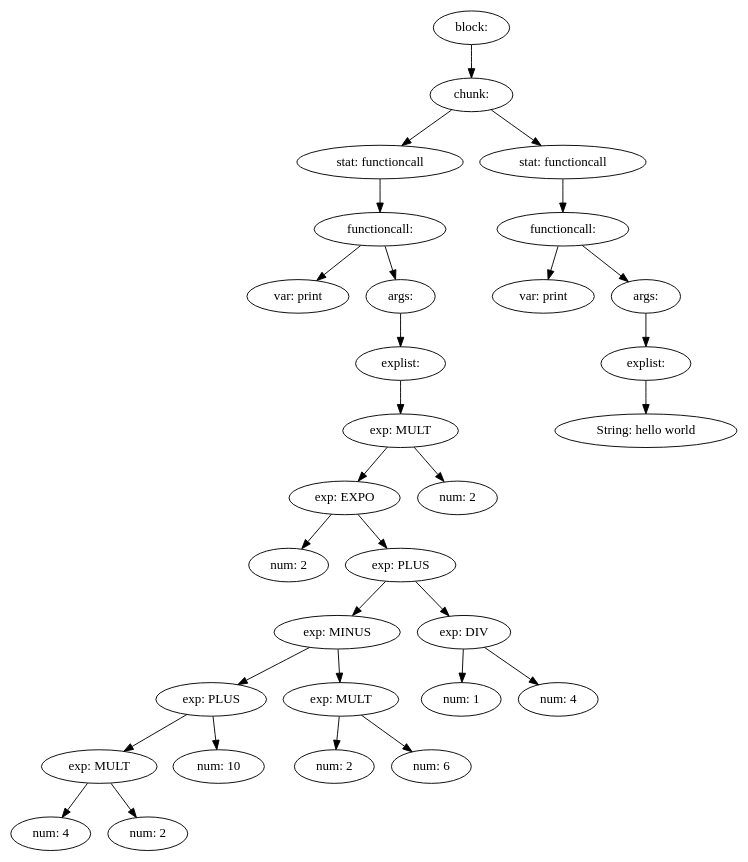
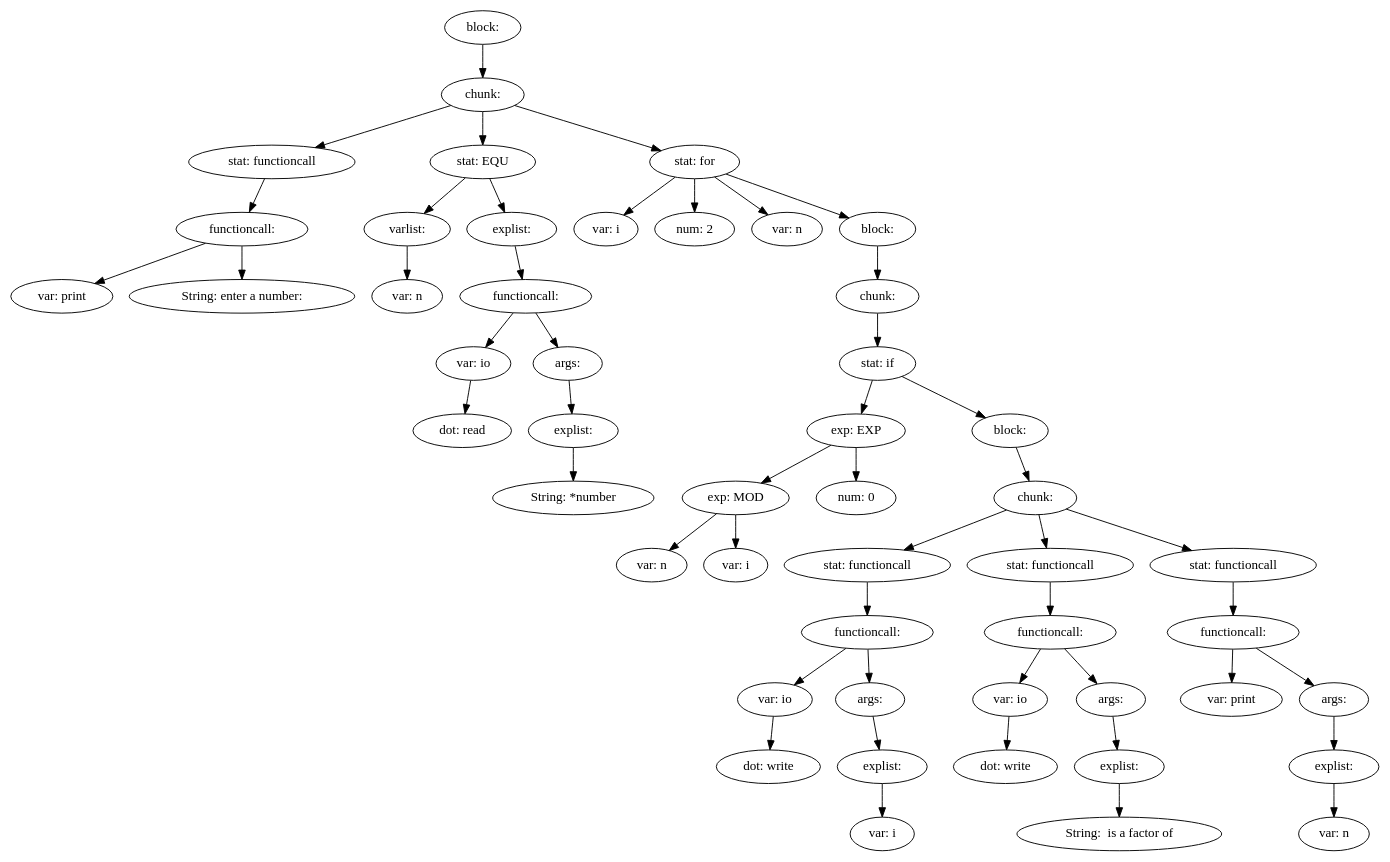
Before and after one commit to Inkaru/compiler: the diagram in ass1-int/source.md, drawn with Graphviz. The commit also changed 14 other files, not shown here.

````diff
--- a/ass1-int/source.md
+++ b/ass1-int/source.md
@@ -1,63 +1,103 @@
 ```graphviz
 digraph {
-29 [label="block: "];
-29 -> 22
-22 [label="chunk: "];
-22 -> 21
-22 -> 28
-21 [label="stat: functioncall"];
+49 [label="block: "];
+49 -> 4
+4 [label="chunk: "];
+4 -> 3
+4 -> 14
+4 -> 47
+3 [label="stat: functioncall"];
+3 -> 2
+2 [label="functioncall: "];
+2 -> 0
+2 -> 1
+0 [label="var: print"];
+1 [label="String: enter a number:"];
+14 [label="stat: EQU"];
+14 -> 6
+14 -> 13
+6 [label="varlist: "];
+6 -> 5
+5 [label="var: n"];
+13 [label="explist: "];
+13 -> 12
+12 [label="functioncall: "];
+12 -> 7
+12 -> 11
+7 [label="var: io"];
+7 -> 8
+8 [label="dot: read"];
+11 [label="args: "];
+11 -> 10
+10 [label="explist: "];
+10 -> 9
+9 [label="String: *number"];
+47 [label="stat: for"];
+47 -> 48
+47 -> 15
+47 -> 16
+47 -> 46
+48 [label="var: i"];
+15 [label="num: 2"];
+16 [label="var: n"];
+46 [label="block: "];
+46 -> 45
+45 [label="chunk: "];
+45 -> 44
+44 [label="stat: if"];
+44 -> 21
+44 -> 43
+21 [label="exp: EXP"];
+21 -> 19
 21 -> 20
-20 [label="functioncall: "];
-20 -> 0
-20 -> 19
-0 [label="var: print"];
-19 [label="args: "];
+19 [label="exp: MOD"];
+19 -> 17
 19 -> 18
-18 [label="explist: "];
-18 -> 17
-17 [label="exp: MULT"];
-17 -> 15
-17 -> 16
-15 [label="exp: EXPO"];
-15 -> 1
-15 -> 14
-1 [label="num: 2"];
-14 [label="exp: PLUS"];
-14 -> 10
-14 -> 13
-10 [label="exp: MINUS"];
-10 -> 6
-10 -> 9
-6 [label="exp: PLUS"];
-6 -> 4
-6 -> 5
-4 [label="exp: MULT"];
-4 -> 2
-4 -> 3
-2 [label="num: 4"];
-3 [label="num: 2"];
-5 [label="num: 10"];
-9 [label="exp: MULT"];
-9 -> 7
-9 -> 8
-7 [label="num: 2"];
-8 [label="num: 6"];
-13 [label="exp: DIV"];
-13 -> 11
-13 -> 12
-11 [label="num: 1"];
-12 [label="num: 4"];
-16 [label="num: 2"];
+17 [label="var: n"];
+18 [label="var: i"];
+20 [label="num: 0"];
+43 [label="block: "];
+43 -> 29
+29 [label="chunk: "];
+29 -> 28
+29 -> 36
+29 -> 42
 28 [label="stat: functioncall"];
 28 -> 27
 27 [label="functioncall: "];
-27 -> 23
+27 -> 22
 27 -> 26
-23 [label="var: print"];
+22 [label="var: io"];
+22 -> 23
+23 [label="dot: write"];
 26 [label="args: "];
 26 -> 25
 25 [label="explist: "];
 25 -> 24
-24 [label="String: hello world"];
+24 [label="var: i"];
+36 [label="stat: functioncall"];
+36 -> 35
+35 [label="functioncall: "];
+35 -> 30
+35 -> 34
+30 [label="var: io"];
+30 -> 31
+31 [label="dot: write"];
+34 [label="args: "];
+34 -> 33
+33 [label="explist: "];
+33 -> 32
+32 [label="String:  is a factor of "];
+42 [label="stat: functioncall"];
+42 -> 41
+41 [label="functioncall: "];
+41 -> 37
+41 -> 40
+37 [label="var: print"];
+40 [label="args: "];
+40 -> 39
+39 [label="explist: "];
+39 -> 38
+38 [label="var: n"];
 }
 ```
````
